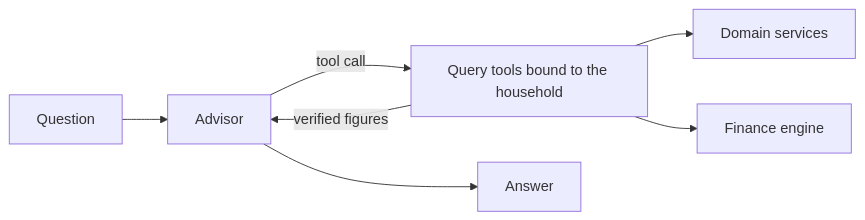
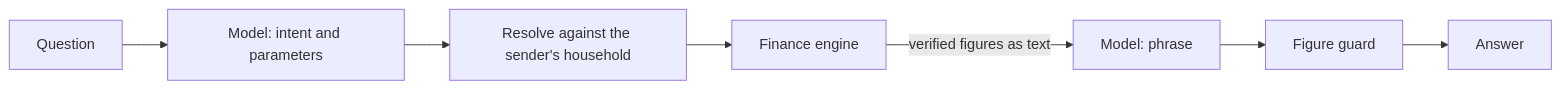
One commit to guilhermedecastrogt/ai-personal-cfo changed the fifth of 7 diagrams in docs/architecture.md. Above: the diagram before and after it, drawn with Mermaid. The commit also changed other lines of this file and 69 other files, not shown here.

````diff
--- a/docs/architecture.md
+++ b/docs/architecture.md
@@ -195,9 +195,9 @@
 ```mermaid
 flowchart LR
-    Question --> Advisor
-    Advisor -->|tool call| Tools[Query tools bound to the household]
-    Tools --> Domain[Domain services]
-    Tools --> Finance[Finance engine]
-    Tools -->|verified figures| Advisor
-    Advisor --> Answer
+    Question --> Interpret[Model: intent and parameters]
+    Interpret --> Resolve[Resolve against the sender's household]
+    Resolve --> Finance[Finance engine]
+    Finance -->|verified figures as text| Compose[Model: phrase]
+    Compose --> Guard[Figure guard]
+    Guard --> Answer
 ```
````
